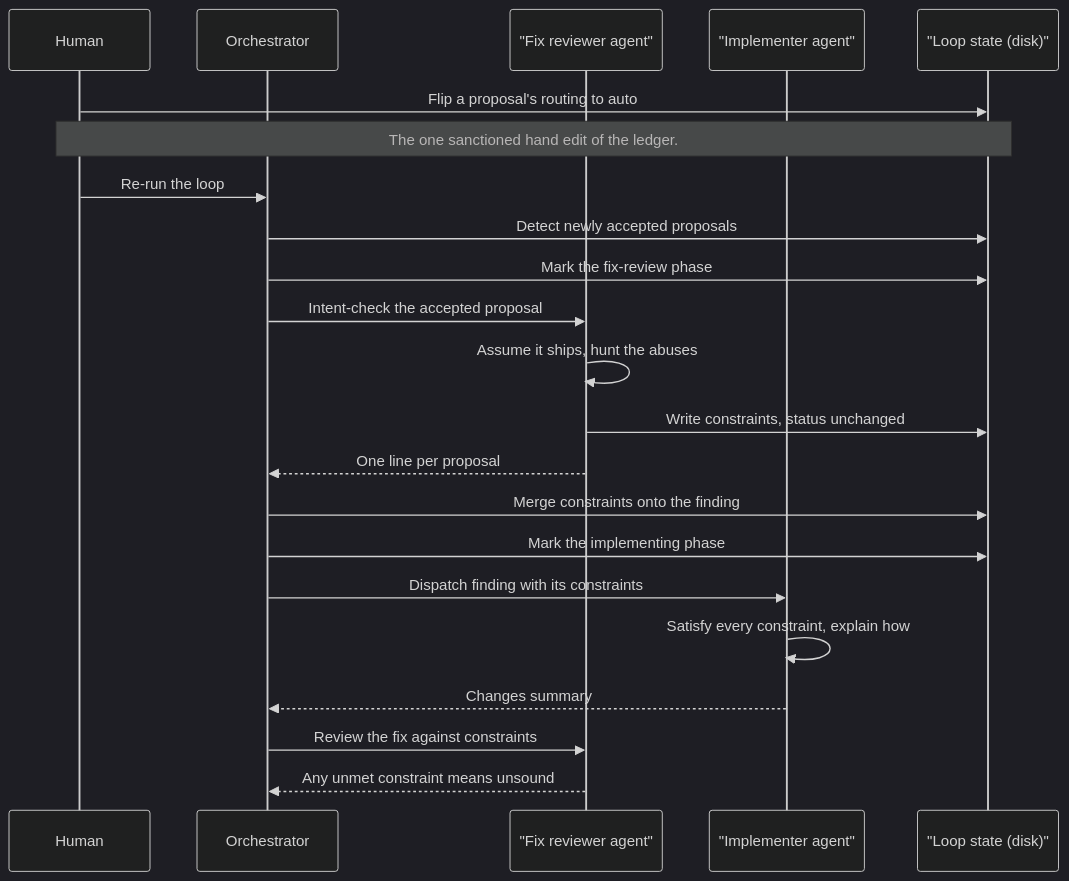
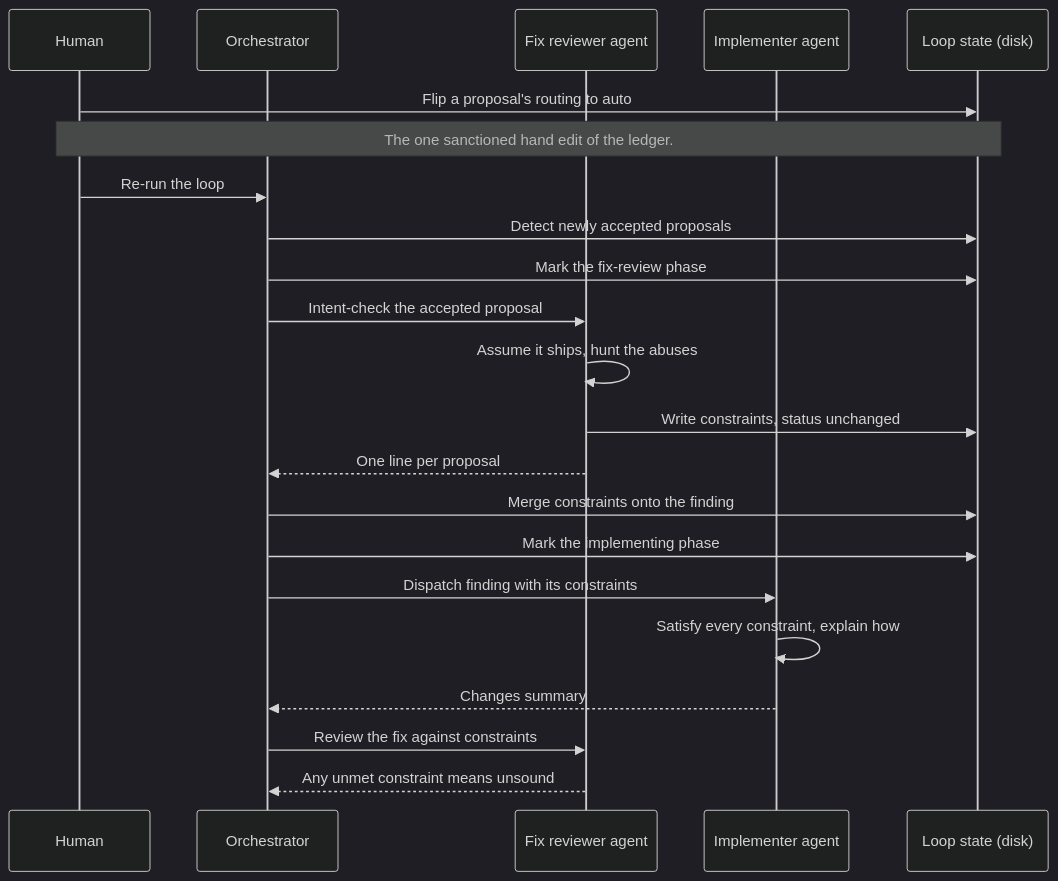
Diagram 11 of 19 in docs/architecture/qa-loop-tools.md (peterlit/quiller-claude-plugins), drawn with Mermaid (dark theme) before and after one commit. The commit also changed other lines of this file and 9 other files, not shown here.

````diff
--- a/docs/architecture/qa-loop-tools.md
+++ b/docs/architecture/qa-loop-tools.md
@@ -548,24 +548,24 @@
 ```mermaid
 sequenceDiagram
     participant H as Human
     participant O as Orchestrator
-    participant R as "Fix reviewer agent"
-    participant I as "Implementer agent"
-    participant L as "Loop state (disk)"
+    participant R as Fix reviewer agent
+    participant I as Implementer agent
+    participant L as Loop state (disk)
     H->>L: Flip a proposal's routing to auto
     Note over H,L: The one sanctioned hand edit of the ledger.
     H->>O: Re-run the loop
     O->>L: Detect newly accepted proposals
     O->>L: Mark the fix-review phase
     O->>R: Intent-check the accepted proposal
     R->>R: Assume it ships, hunt the abuses
     R->>L: Write constraints, status unchanged
     R-->>O: One line per proposal
     O->>L: Merge constraints onto the finding
     O->>L: Mark the implementing phase
     O->>I: Dispatch finding with its constraints
     I->>I: Satisfy every constraint, explain how
     I-->>O: Changes summary
     O->>R: Review the fix against constraints
     R-->>O: Any unmet constraint means unsound
 ```
````
